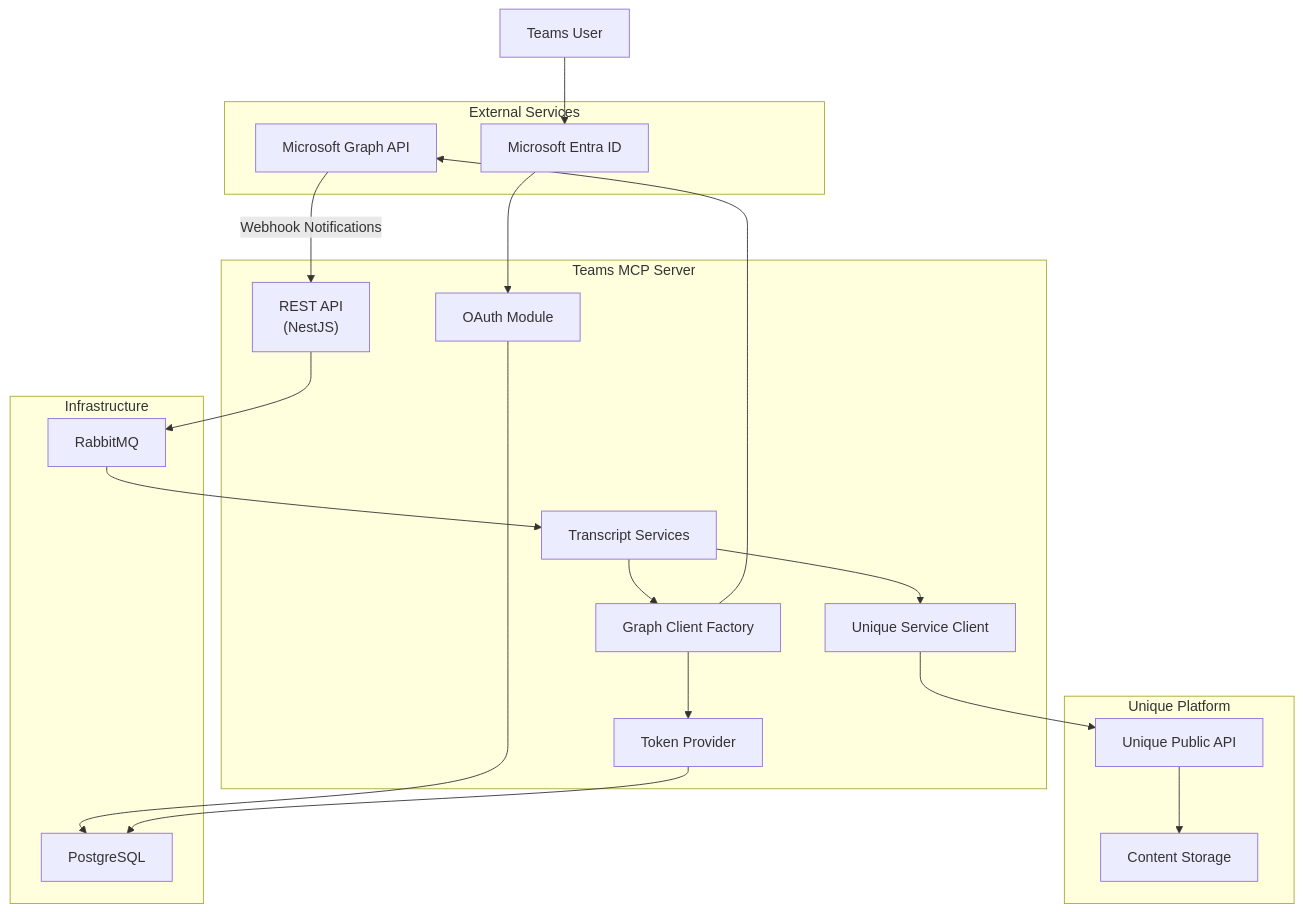
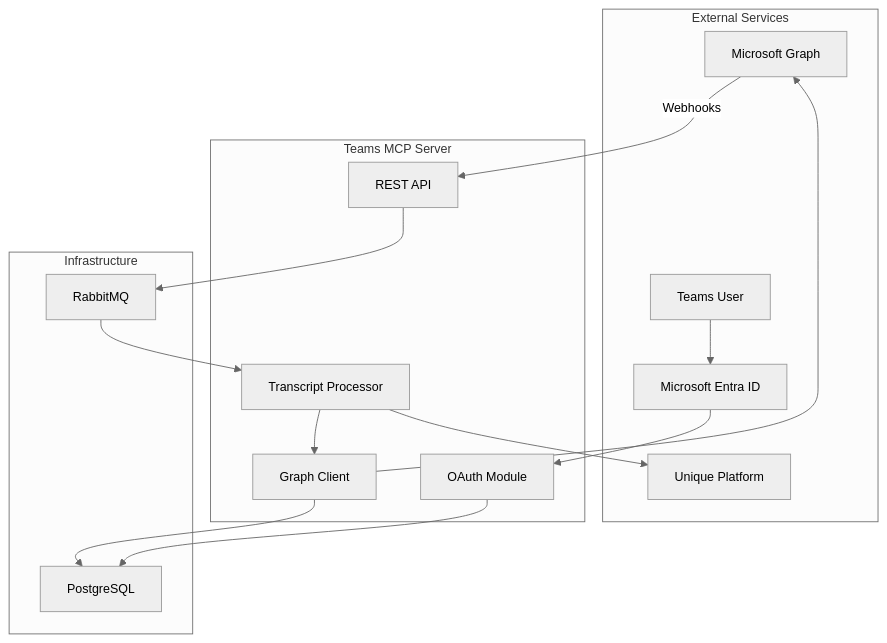
The first of 4 diagrams in services/teams-mcp/docs/technical/architecture.md (Unique-AG/connectors), drawn with Mermaid before and after one commit. The commit also changed other lines of this file and 19 other files, not shown here.

````diff
--- a/services/teams-mcp/docs/technical/architecture.md
+++ b/services/teams-mcp/docs/technical/architecture.md
@@ -16,43 +15,36 @@
 ```mermaid
+%%{init: {'theme': 'neutral', 'themeVariables': { 'fontSize': '14px' }}}%%
 flowchart TB
     subgraph External["External Services"]
-        MSGraph["Microsoft Graph API"]
+        User["Teams User"]
         EntraID["Microsoft Entra ID"]
+        MSGraph["Microsoft Graph"]
+        Unique["Unique Platform"]
     end
 
     subgraph TeamsMCP["Teams MCP Server"]
-        API["REST API<br/>(NestJS)"]
         OAuth["OAuth Module"]
-        TranscriptSvc["Transcript Services"]
-        GraphClient["Graph Client Factory"]
-        TokenProvider["Token Provider"]
-        UniqueClient["Unique Service Client"]
+        API["REST API"]
+        Processor["Transcript Processor"]
+        GraphClient["Graph Client"]
     end
 
     subgraph Infrastructure["Infrastructure"]
-        RabbitMQ["RabbitMQ"]
-        PostgreSQL["PostgreSQL"]
+        Queue["RabbitMQ"]
+        DB["PostgreSQL"]
     end
 
-    subgraph Unique["Unique Platform"]
-        UniqueAPI["Unique Public API"]
-        Storage["Content Storage"]
-    end
-
-    User["Teams User"] --> EntraID
+    User --> EntraID
     EntraID --> OAuth
-    OAuth --> PostgreSQL
-
-    MSGraph -->|"Webhook Notifications"| API
-    API --> RabbitMQ
-    RabbitMQ --> TranscriptSvc
-
-    TranscriptSvc --> GraphClient
-    GraphClient --> TokenProvider
-    TokenProvider --> PostgreSQL
+    OAuth --> DB
+    
+    MSGraph -->|"Webhooks"| API
+    API --> Queue
+    Queue --> Processor
+    
+    Processor --> GraphClient
+    GraphClient --> DB
     GraphClient --> MSGraph
-
-    TranscriptSvc --> UniqueClient
-    UniqueClient --> UniqueAPI
-    UniqueAPI --> Storage
+    
+    Processor --> Unique
 ```
````
